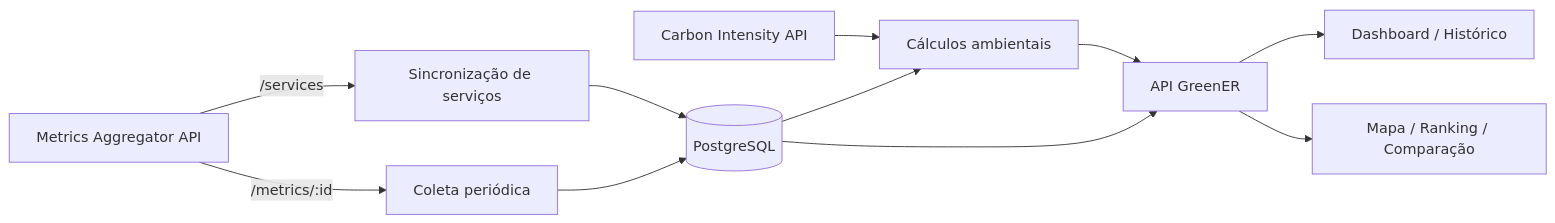
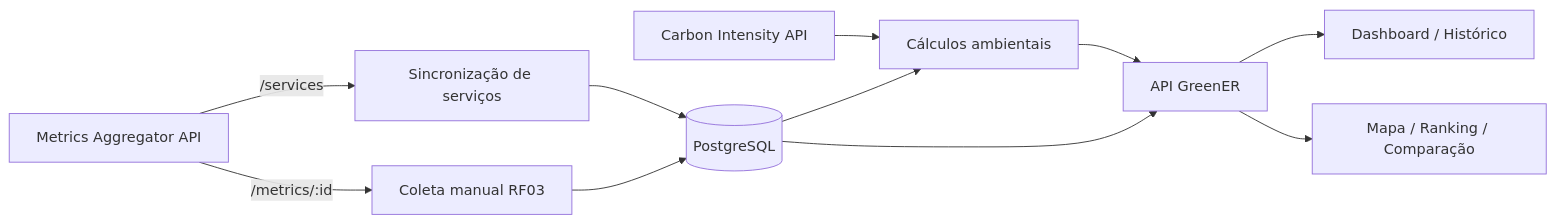
The second of 3 diagrams in docs/arquitetura.md (let-zapplin/GreenER), drawn with Mermaid before and after one commit. The commit also changed other lines of this file and 15 other files, not shown here.

````diff
--- a/docs/arquitetura.md
+++ b/docs/arquitetura.md
@@ -41,17 +41,17 @@
 ```mermaid
 flowchart LR
     M[Metrics Aggregator API] -->|/services| S[Sincronização de serviços]
-    M -->|/metrics/:id| C[Coleta periódica]
+    M -->|/metrics/:id| C[Coleta manual RF03]
 
     S --> DB[(PostgreSQL)]
     C --> DB
 
     CI[Carbon Intensity API] --> CALC[Cálculos ambientais]
     DB --> CALC
 
     CALC --> API[API GreenER]
     DB --> API
 
     API --> DASH[Dashboard / Histórico]
     API --> ANA[Mapa / Ranking / Comparação]
 ```
````
